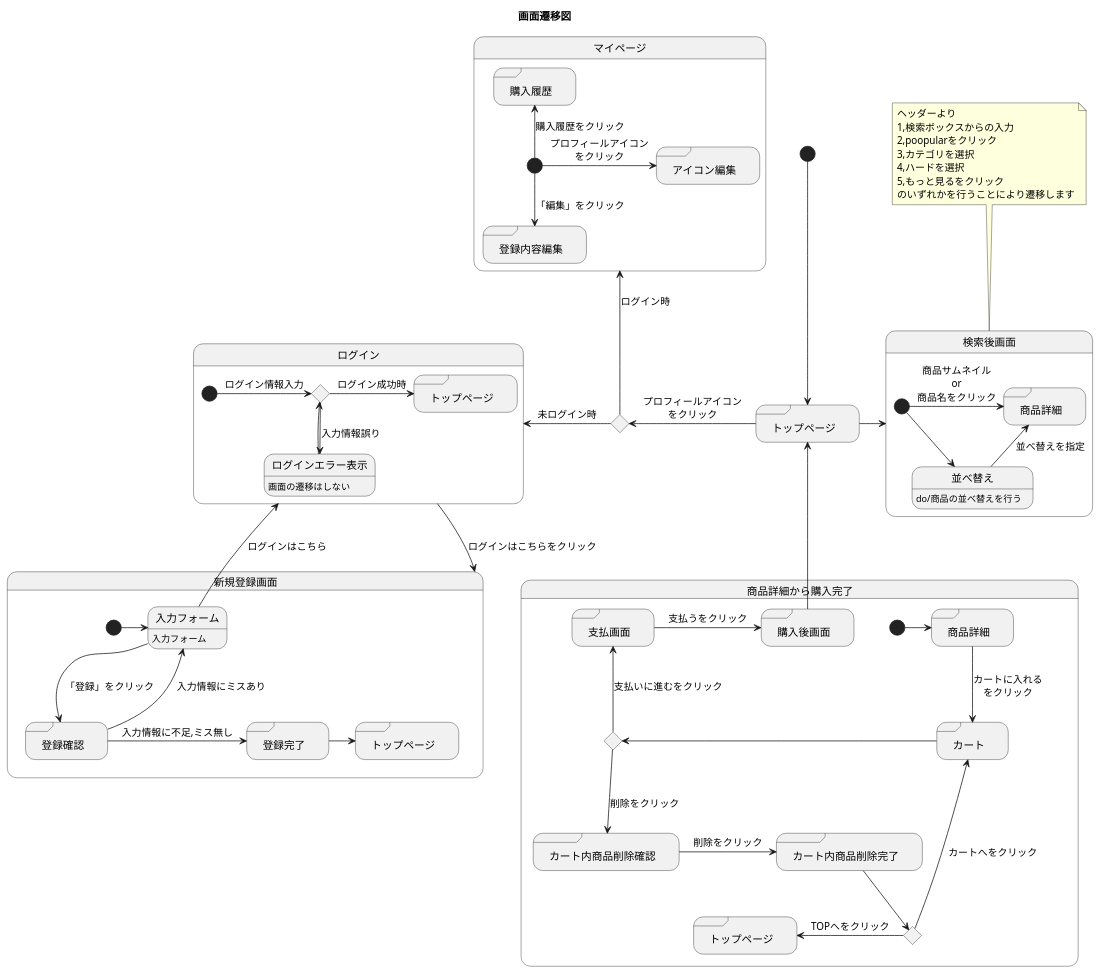
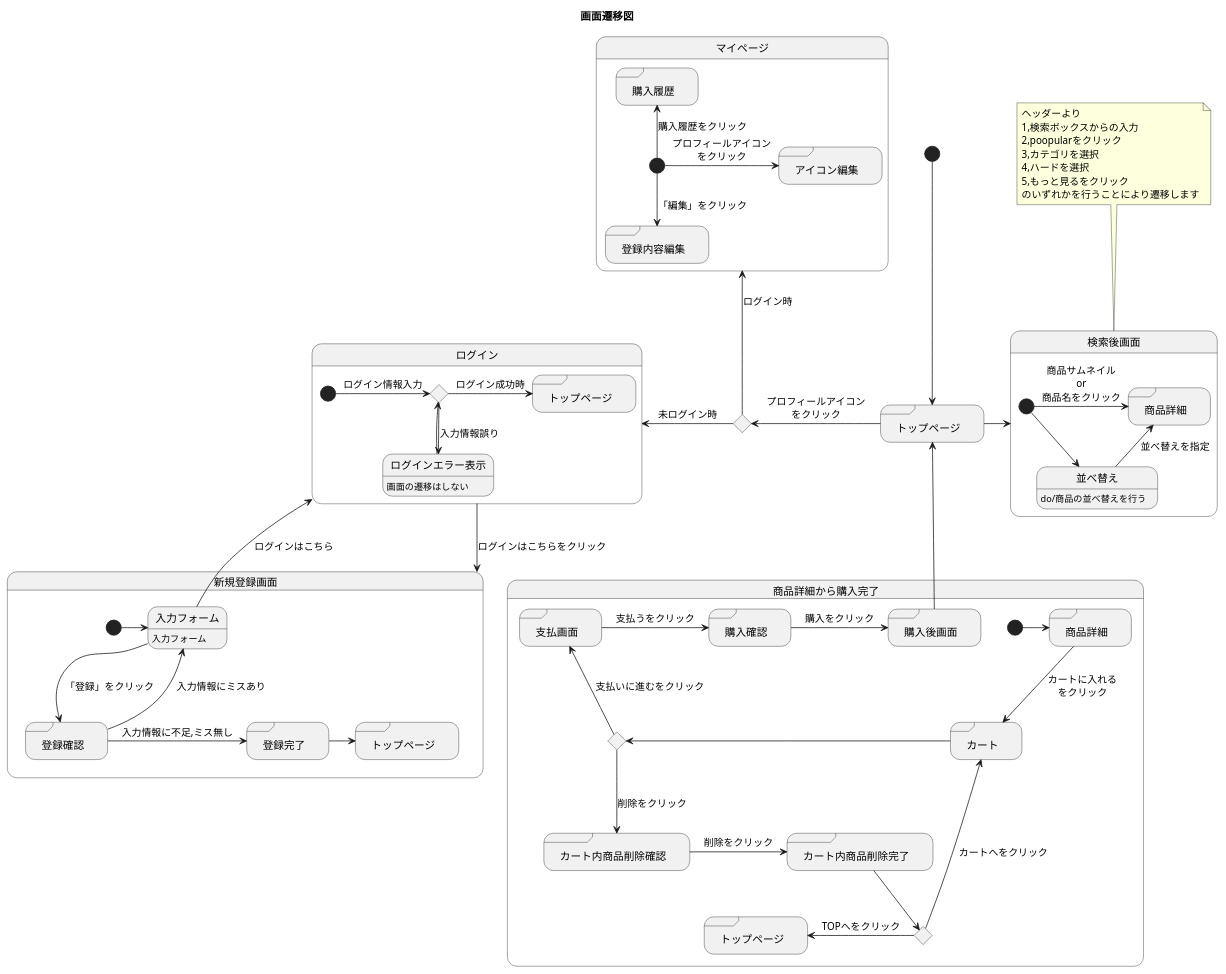
One commit to akutori/T-D-E changed the diagram in UML.md. Above: the diagram before and after it, drawn with PlantUML.

Commit message:
購入確認画面の追加 遷移の修正

```diff
--- a/UML.md
+++ b/UML.md
@@ -51,12 +51,14 @@
     state "カート内商品削除完了" as deleteafter <<sdlreceive>>
     state "購入後画面" as buyafter <<sdlreceive>>
     state "トップページ" as main1 <<sdlreceive>>
+state "購入確認" as buycheck <<sdlreceive>>
 
     [*]-> detail1
     detail1 --> cart1 : カートに入れる\nをクリック
     cart1 -> if1
     if1 -up-> cashregister1 : 支払いに進むをクリック
-    cashregister1 -> buyafter : 支払うをクリック
+cashregister1 -> buycheck : 支払うをクリック
+    buycheck -> buyafter : 購入をクリック
     buyafter -up-> main
     
     if1 --> deletegodds : 削除をクリック
```
